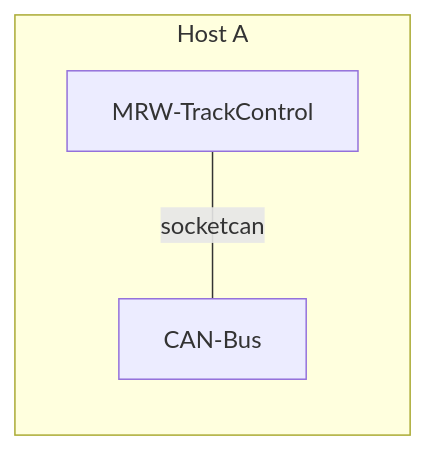
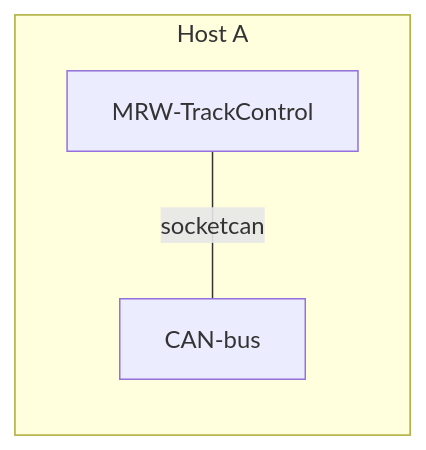
Before and after one commit to stmork/mrw-track-control-ng: the first of 3 diagrams in track-control/README.md, drawn with Mermaid. The commit also changed other lines of this file and 4 other files, not shown here.

````diff
--- a/track-control/README.md
+++ b/track-control/README.md
@@ -72,6 +72,6 @@
 ```mermaid
 flowchart LR
 	subgraph Host A
-		MRW-TrackControl-- socketcan ---CAN-Bus
+		MRW-TrackControl-- socketcan ---CAN-bus
 	end
 ```
````
